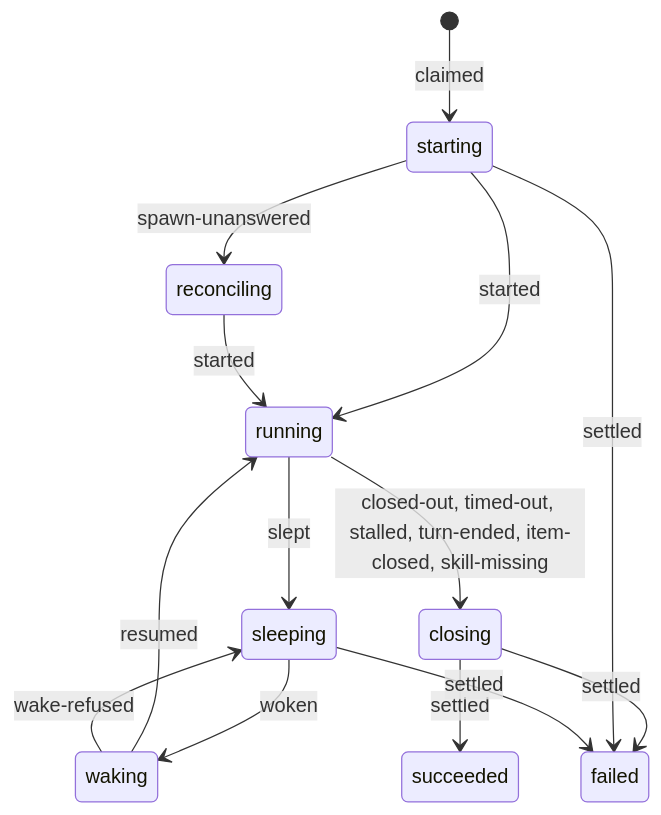
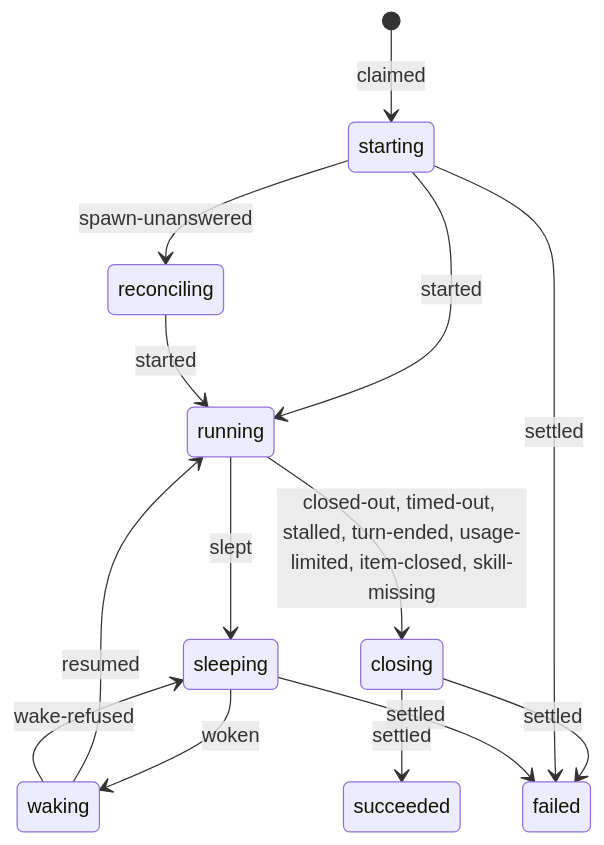
The diagram in docs/design/boxxy/v1-lifecycle.md (zgeoff/boxxy), drawn with Mermaid before and after one commit. The commit also changed other lines of this file and 7 other files, not shown here.

````diff
--- a/docs/design/boxxy/v1-lifecycle.md
+++ b/docs/design/boxxy/v1-lifecycle.md
@@ -7,16 +7,16 @@
 ```mermaid
 stateDiagram-v2
   [*] --> starting: claimed
   starting --> running: started
   starting --> reconciling: spawn-unanswered
   reconciling --> running: started
   running --> sleeping: slept
   sleeping --> waking: woken
   waking --> running: resumed
   waking --> sleeping: wake-refused
-  running --> closing: closed-out, timed-out, stalled, turn-ended, item-closed, skill-missing
+  running --> closing: closed-out, timed-out, stalled, turn-ended, usage-limited, item-closed, skill-missing
   closing --> succeeded: settled
   closing --> failed: settled
   starting --> failed: settled
   sleeping --> failed: settled
 ```
````
